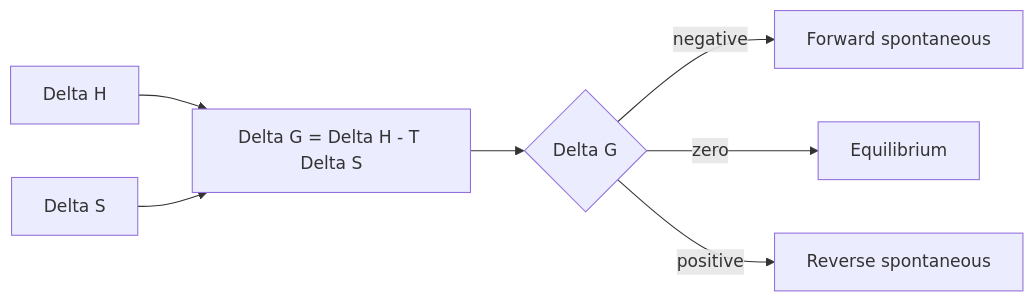
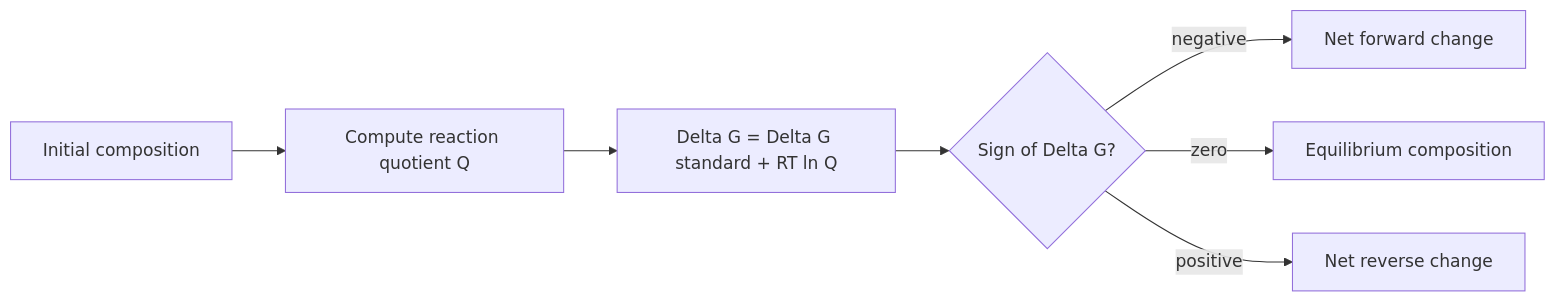
The diagram in docs/chemistry/general/thermodynamics-and-free-energy.md (justinbrianhwang/SJ-wiki), drawn with Mermaid before and after one commit. The commit also changed other lines of this file and 955 other files, not shown here.

````diff
--- a/docs/chemistry/general/thermodynamics-and-free-energy.md
+++ b/docs/chemistry/general/thermodynamics-and-free-energy.md
@@ -63,9 +69,9 @@
 ```mermaid
 flowchart LR
-  A[Delta H] --> C["Delta G = Delta H - T Delta S"]
-  B[Delta S] --> C
-  C --> D{Delta G}
-  D -->|negative| E[Forward spontaneous]
-  D -->|zero| F[Equilibrium]
-  D -->|positive| G[Reverse spontaneous]
+  A["Initial composition"] --> B["Compute reaction quotient Q"]
+  B --> C["Delta G = Delta G standard + RT ln Q"]
+  C --> D{"Sign of Delta G?"}
+  D -->|negative| E["Net forward change"]
+  D -->|zero| F["Equilibrium composition"]
+  D -->|positive| G["Net reverse change"]
 ```
````
